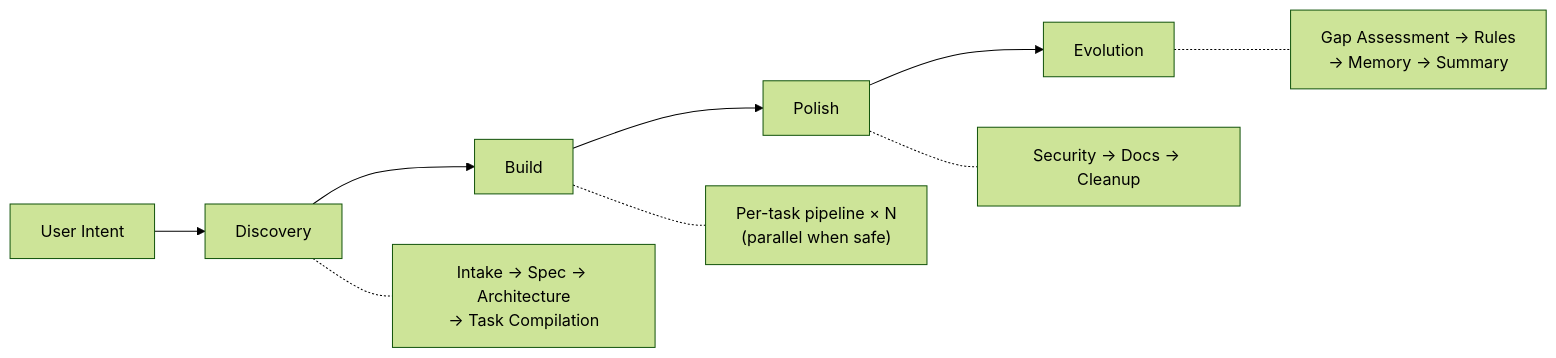
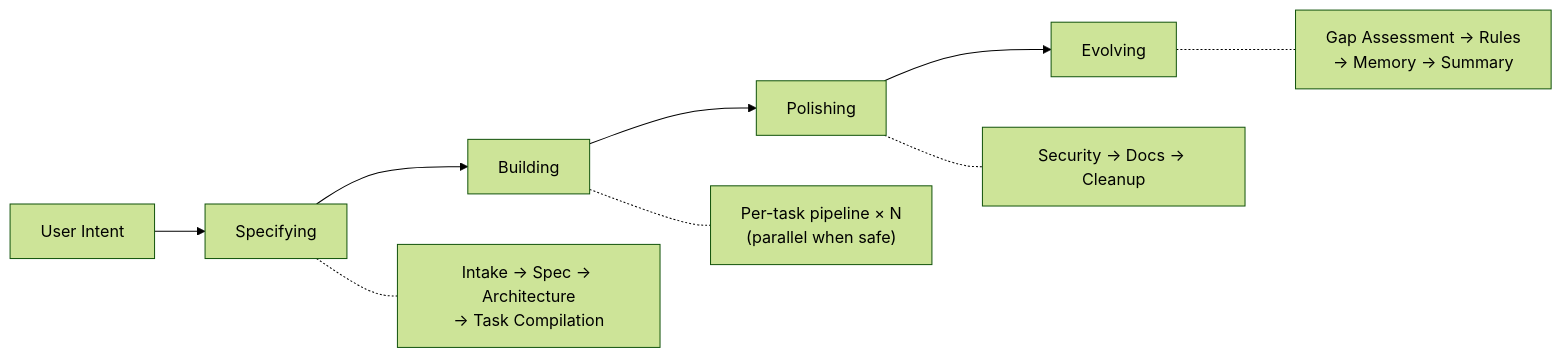
One commit to choam2426/geas changed the diagram in README.md. Above: the diagram before and after it, drawn with Mermaid (forest theme). The commit also changed other lines of this file and 42 other files, not shown here.

Commit message:
refactor: rename phases in docs — specifying/building/polishing/evolving, remove mode concept

````diff
--- a/README.md
+++ b/README.md
@@ -72,12 +72,12 @@
 ```mermaid
 graph LR
-    A[User Intent] --> B[Discovery]
-    B --> C[Build]
-    C --> D[Polish]
-    D --> E[Evolution]
+    A[User Intent] --> B[Specifying]
+    B --> C[Building]
+    C --> D[Polishing]
+    D --> E[Evolving]
 
     B -.- B1["Intake → Spec → Architecture\n→ Task Compilation"]
     C -.- C1["Per-task pipeline × N\n(parallel when safe)"]
     D -.- D1["Security → Docs → Cleanup"]
     E -.- E1["Gap Assessment → Rules\n→ Memory → Summary"]
 ```
````
